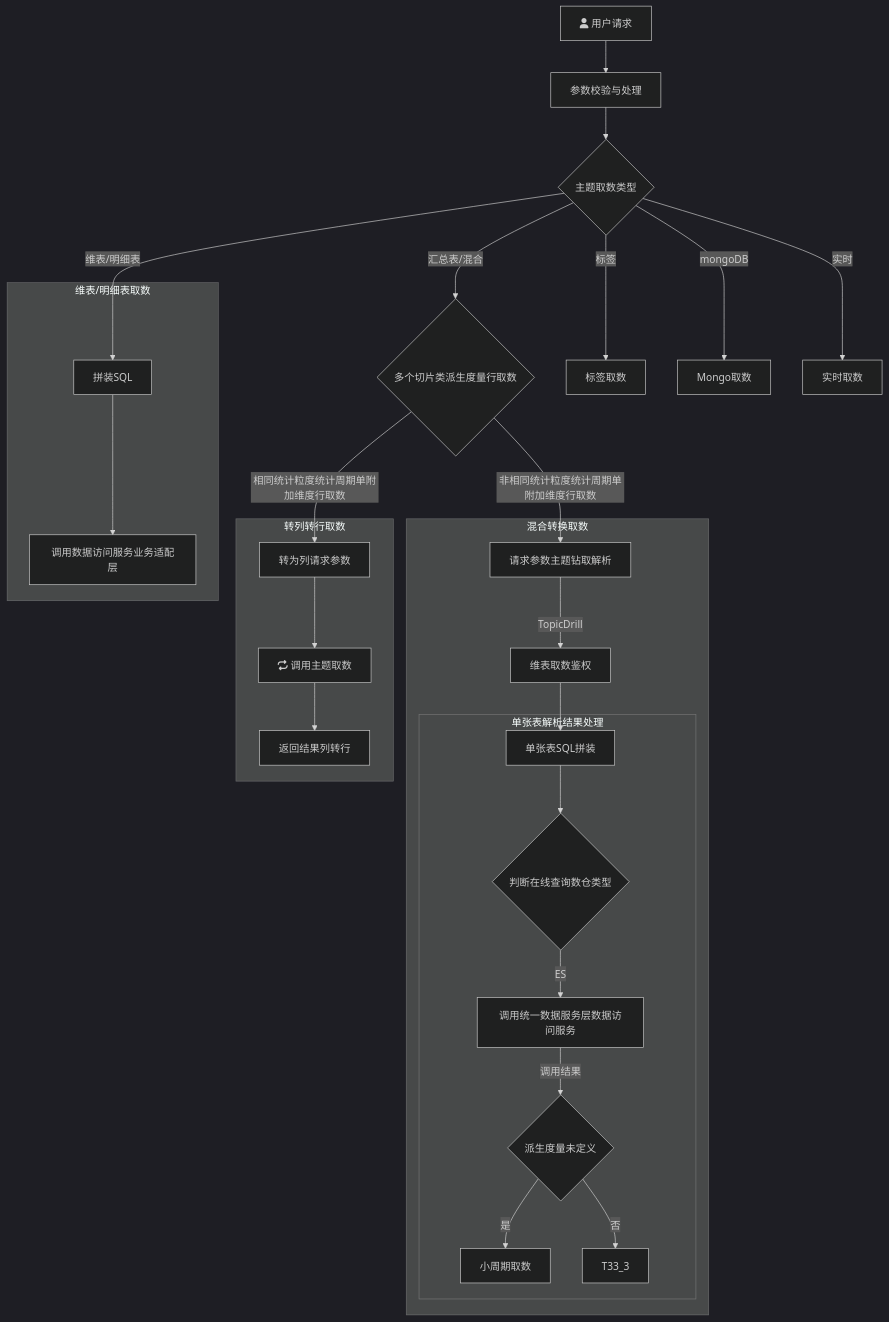
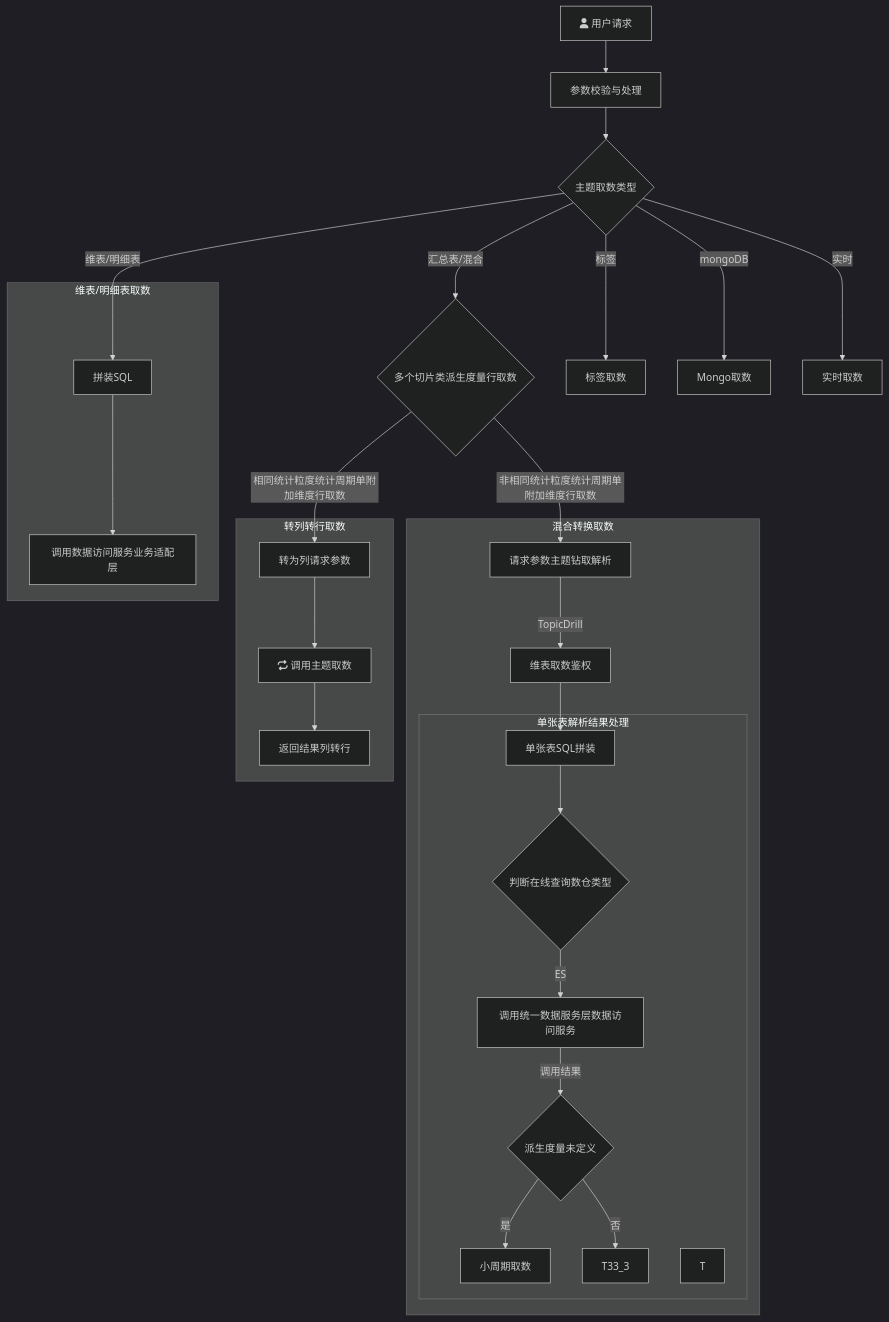
The diagram in all/未命名.md (yanglosm/iodraw-files), drawn with Mermaid (dark theme) before and after one commit.

Commit message:
2024-11-29 19:02:55 update

````diff
--- a/all/未命名.md
+++ b/all/未命名.md
@@ -1,25 +1,26 @@
 ```mermaid
 flowchart TD
     A[fa:fa-user 用户请求] -->A1[参数校验与处理] --> B{主题取数类型}
     B -->|维表/明细表| D[拼装SQL]
     B -->|汇总表/混合| E{多个切片类派生度量行取数}
     B -->|标签| F[标签取数]
     B -->|mongoDB| G[Mongo取数]
     B -->|实时| H[实时取数]
     E -->|相同统计粒度统计周期单附加维度行取数| E1[转为列请求参数]
     E -->|非相同统计粒度统计周期单附加维度行取数| T1[请求参数主题钻取解析]
     subgraph 维表/明细表取数
     D-->D1[调用数据访问服务业务适配层]
     end
     subgraph 转列转行取数
     E1-->E11[fa:fa-repeat 调用主题取数]-->E12[返回结果列转行]
     end
     subgraph 混合转换取数
     T1-->|TopicDrill| T2[维表取数鉴权] --> T31[单张表SQL拼装]
         subgraph 单张表解析结果处理
         T31 --> T4{判断在线查询数仓类型}-->|ES|T32[调用统一数据服务层数据访问服务] --> |调用结果|T33{派生度量未定义}
         T33 --> |是|T33_1[小周期取数]
         T33 --> |否|T33_3
+        T
         end
     end
 ```
````
